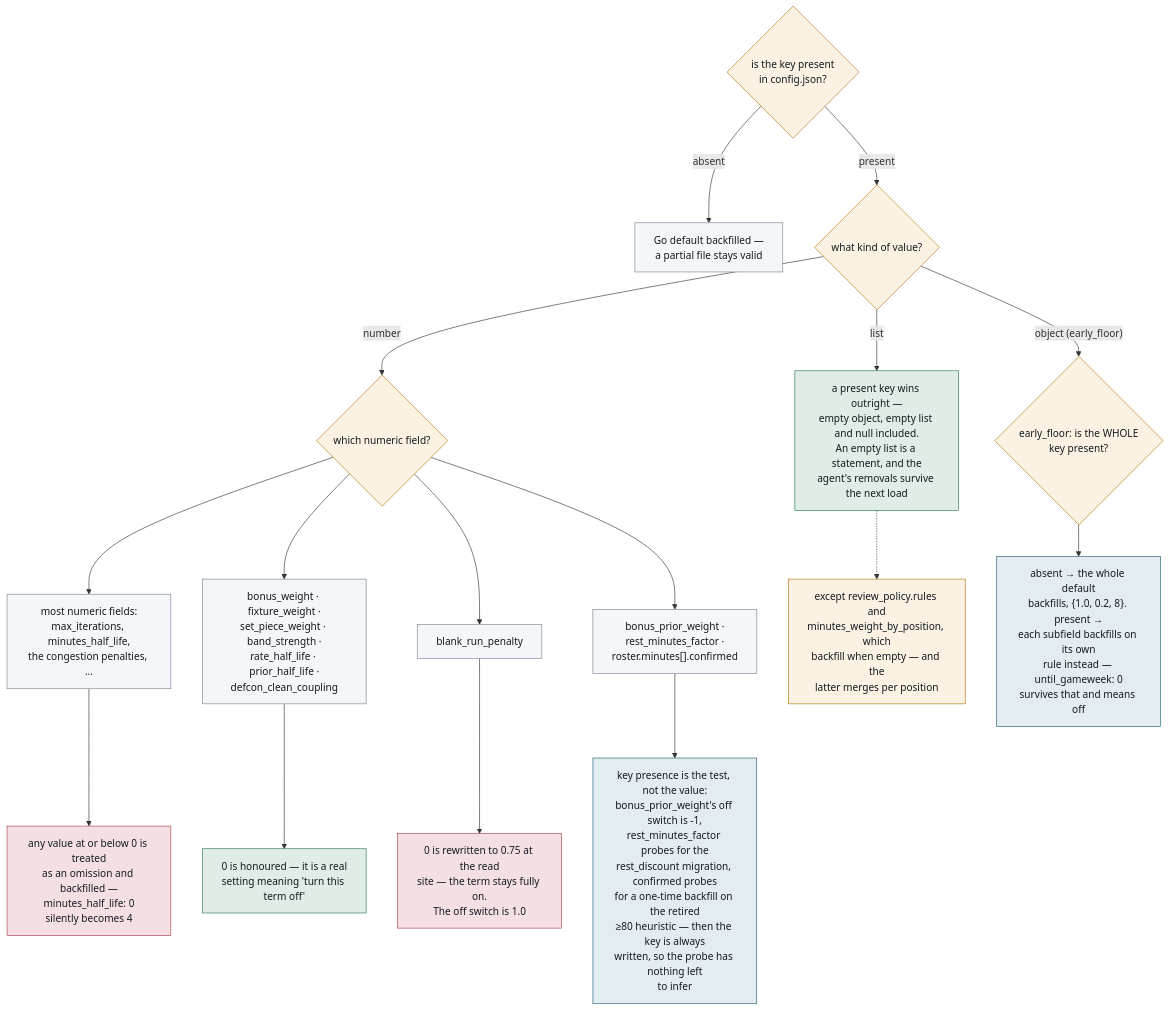
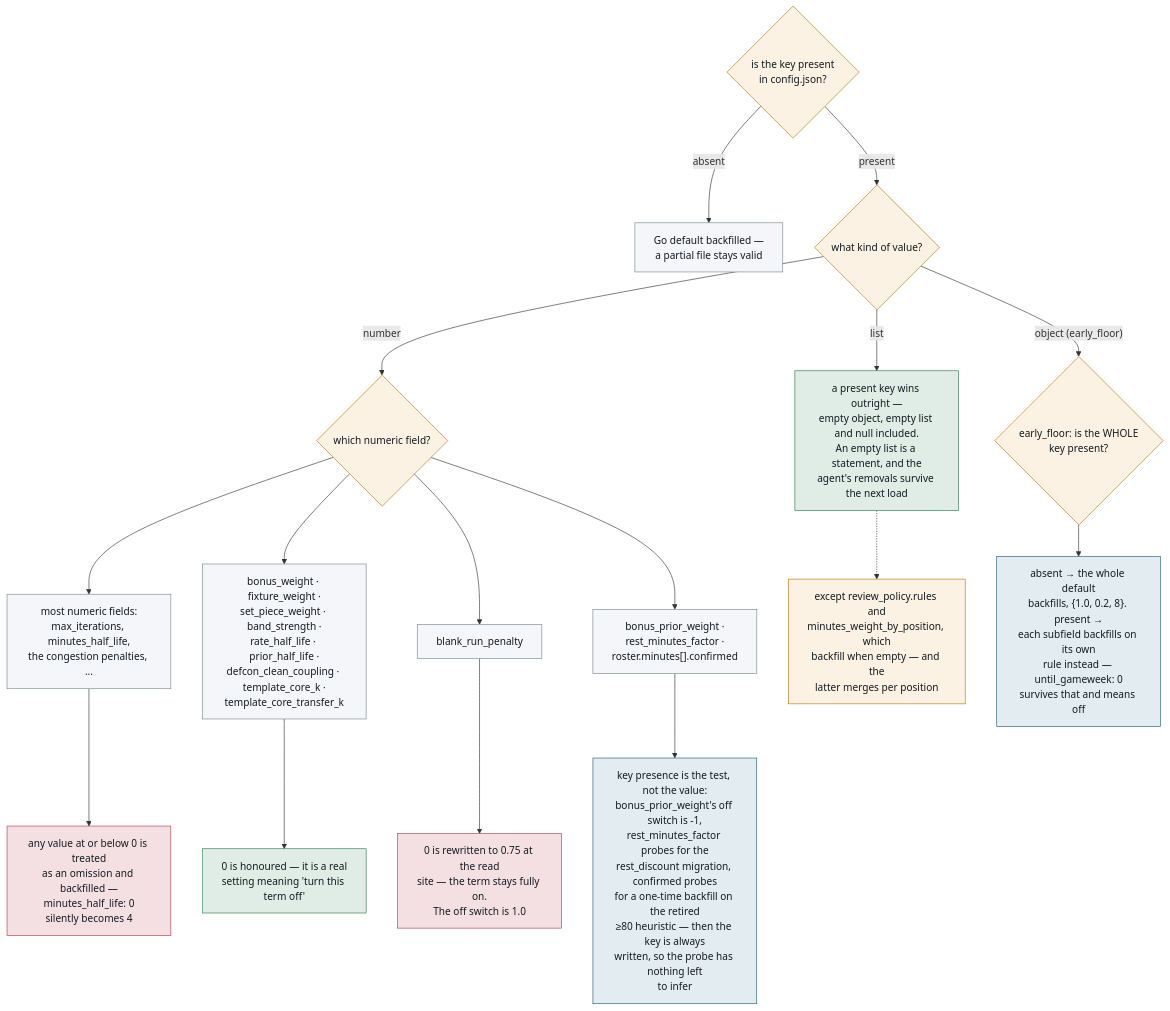
Before and after one commit to beeradb/FPL-Armband: the first of 3 diagrams in docs/configuration.md, drawn with Mermaid. The commit also changed other lines of this file and 15 other files, not shown here.

First line of the commit message:
Add two default-off template-core overlays (opening lock and weekly transfers) (#204)

````diff
--- a/docs/configuration.md
+++ b/docs/configuration.md
@@ -115,45 +115,45 @@
 ```mermaid
 flowchart TB
     key{"is the key present<br/>in config.json?"}
     def["Go default backfilled —<br/>a partial file stays valid"]
     shape{"what kind of value?"}
 
     numgroup{"which numeric field?"}
     most["most numeric fields:<br/>max_iterations, minutes_half_life,<br/>the congestion penalties, ..."]
     trap1["any value at or below 0 is treated<br/>as an omission and backfilled —<br/>minutes_half_life: 0<br/>silently becomes 4"]
-    zerook["bonus_weight · fixture_weight ·<br/>set_piece_weight · band_strength ·<br/>rate_half_life · prior_half_life ·<br/>defcon_clean_coupling"]
+    zerook["bonus_weight · fixture_weight ·<br/>set_piece_weight · band_strength ·<br/>rate_half_life · prior_half_life ·<br/>defcon_clean_coupling · template_core_k ·<br/>template_core_transfer_k"]
     honoured["0 is honoured — it is a real<br/>setting meaning 'turn this term off'"]
     brp["blank_run_penalty"]
     trap2["0 is rewritten to 0.75 at the read<br/>site — the term stays fully on.<br/>The off switch is 1.0"]
     probe["bonus_prior_weight ·<br/>rest_minutes_factor ·<br/>roster.minutes[].confirmed"]
     presence["key presence is the test, not the value:<br/>bonus_prior_weight's off switch is -1,<br/>rest_minutes_factor probes for the<br/>rest_discount migration, confirmed probes<br/>for a one-time backfill on the retired<br/>≥80 heuristic — then the key is always<br/>written, so the probe has nothing left<br/>to infer"]
 
     listrule["a present key wins outright —<br/>empty object, empty list and null included.<br/>An empty list is a statement, and the<br/>agent's removals survive the next load"]
     listexc["except review_policy.rules and<br/>minutes_weight_by_position, which<br/>backfill when empty — and the<br/>latter merges per position"]
 
     objgroup{"early_floor: is the WHOLE<br/>key present?"}
     objpresent["absent → the whole default<br/>backfills, {1.0, 0.2, 8}. present →<br/>each subfield backfills on its own<br/>rule instead — until_gameweek: 0<br/>survives that and means off"]
 
     key -->|"absent"| def
     key -->|"present"| shape
     shape -->|"number"| numgroup
     shape -->|"list"| listrule
     shape -->|"object (early_floor)"| objgroup
     numgroup --> most --> trap1
     numgroup --> zerook --> honoured
     numgroup --> brp --> trap2
     numgroup --> probe --> presence
     listrule -.-> listexc
     objgroup --> objpresent
 
     classDef io fill:#F4E0E3,stroke:#A8404E,color:#141A21
     classDef pure fill:#E3EDF1,stroke:#1F5F73,color:#141A21
     classDef llm fill:#DFEDE6,stroke:#2F7A57,color:#141A21
     classDef test fill:#FBF2E3,stroke:#B9770E,color:#141A21
     classDef muted fill:#F4F6F9,stroke:#7A8791,color:#141A21
     class key,shape,numgroup,listexc,objgroup test
     class def,most,zerook,brp,probe muted
     class trap1,trap2 io
     class honoured,listrule llm
     class presence,objpresent pure
 ```
````
